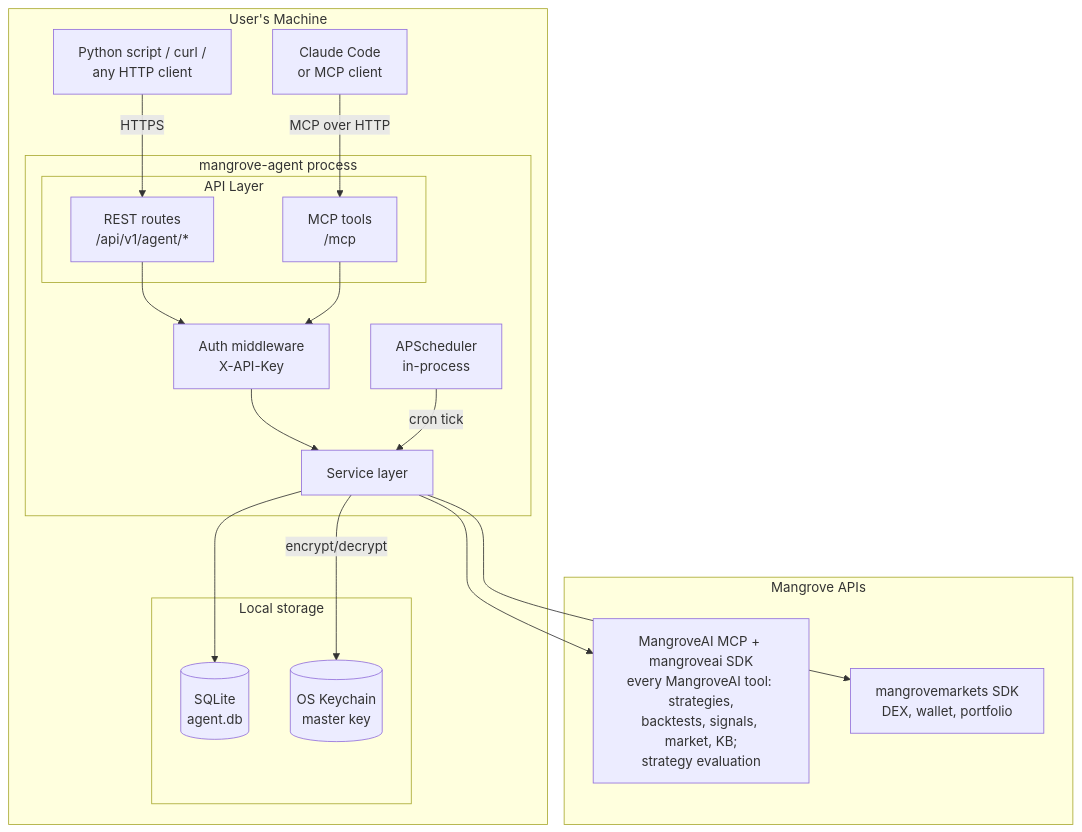
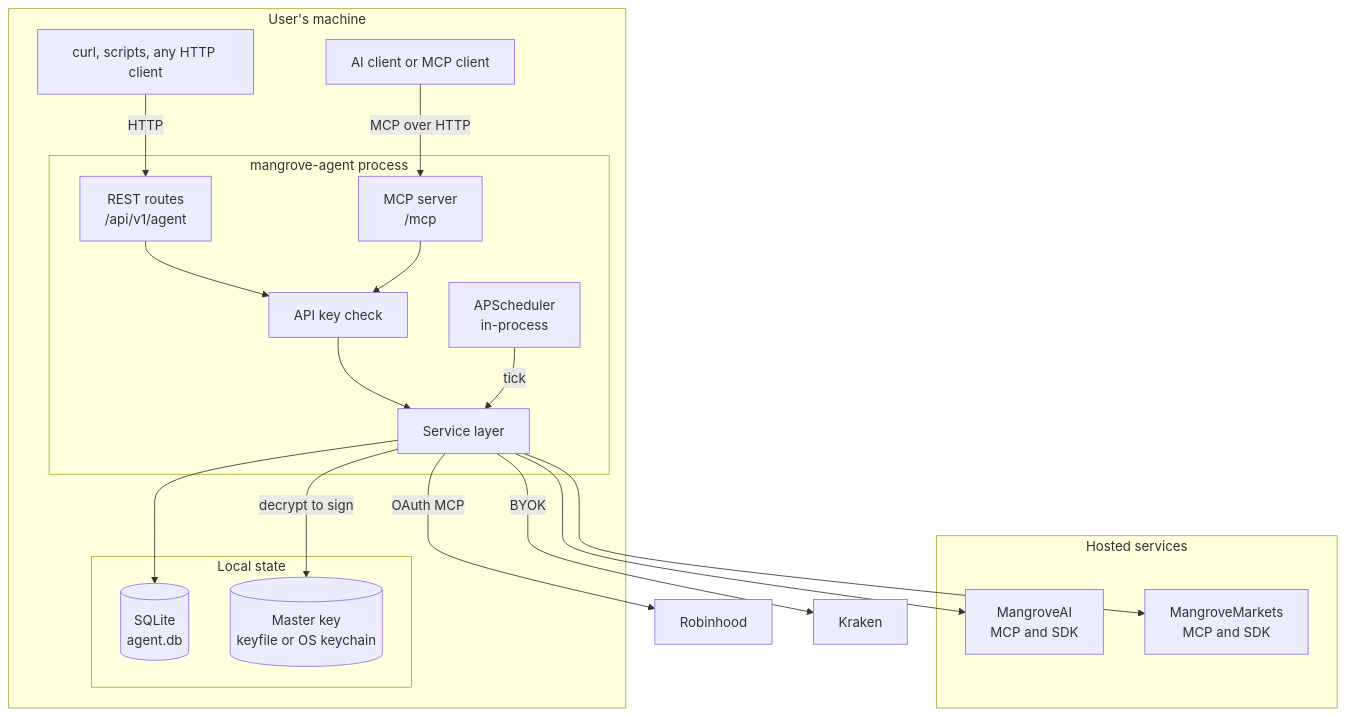
One commit to MangroveTechnologies/mangrove-agent changed the first of 4 diagrams in docs/architecture.md. Above: the diagram before and after it, drawn with Mermaid. The commit also changed other lines of this file and 75 other files, not shown here.

````diff
--- a/docs/architecture.md
+++ b/docs/architecture.md
@@ -24,38 +23,38 @@
 ```mermaid
 graph TB
-    subgraph "User's Machine"
-        ClaudeCode[Claude Code<br/>or MCP client]
-        HTTPClient[Python script / curl /<br/>any HTTP client]
+    subgraph "User's machine"
+        Client[AI client or MCP client]
+        Http[curl, scripts, any HTTP client]
 
         subgraph "mangrove-agent process"
-            subgraph "API Layer"
-                REST[REST routes<br/>/api/v1/agent/*]
-                MCP[MCP tools<br/>/mcp]
-            end
-            AuthMW[Auth middleware<br/>X-API-Key]
+            REST[REST routes<br/>/api/v1/agent]
+            MCP[MCP server<br/>/mcp]
+            Auth[API key check]
             Services[Service layer]
-            Scheduler[APScheduler<br/>in-process]
+            Sched[APScheduler<br/>in-process]
         end
 
-        subgraph "Local storage"
-            SQLite[(SQLite<br/>agent.db)]
-            Keychain[(OS Keychain<br/>master key)]
+        subgraph "Local state"
+            DB[(SQLite<br/>agent.db)]
+            Key[(Master key<br/>keyfile or OS keychain)]
         end
     end
 
-    subgraph "Mangrove APIs"
-        MangroveAI[MangroveAI MCP + mangroveai SDK<br/>every MangroveAI tool: strategies,<br/>backtests, signals, market, KB;<br/>strategy evaluation]
-        MangroveMkts[mangrovemarkets SDK<br/>DEX, wallet, portfolio]
+    subgraph "Hosted services"
+        AI[MangroveAI<br/>MCP and SDK]
+        Mkts[MangroveMarkets<br/>MCP and SDK]
     end
 
-    ClaudeCode -->|MCP over HTTP| MCP
-    HTTPClient -->|HTTPS| REST
-    REST --> AuthMW
-    MCP --> AuthMW
-    AuthMW --> Services
-    Scheduler -->|cron tick| Services
-    Services --> SQLite
-    Services -->|encrypt/decrypt| Keychain
-    Services --> MangroveAI
-    Services --> MangroveMkts
+    Client -->|MCP over HTTP| MCP
+    Http -->|HTTP| REST
+    REST --> Auth
+    MCP --> Auth
+    Auth --> Services
+    Sched -->|tick| Services
+    Services --> DB
+    Services -->|decrypt to sign| Key
+    Services --> AI
+    Services --> Mkts
+    Services -->|OAuth MCP| RH[Robinhood]
+    Services -->|BYOK| KR[Kraken]
 ```
````
